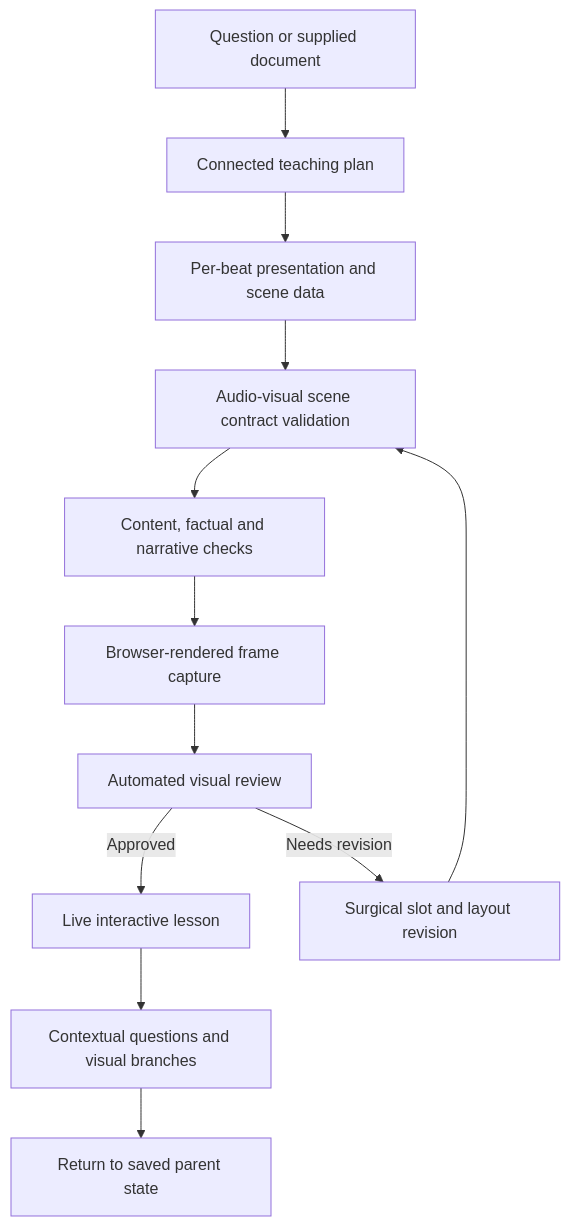
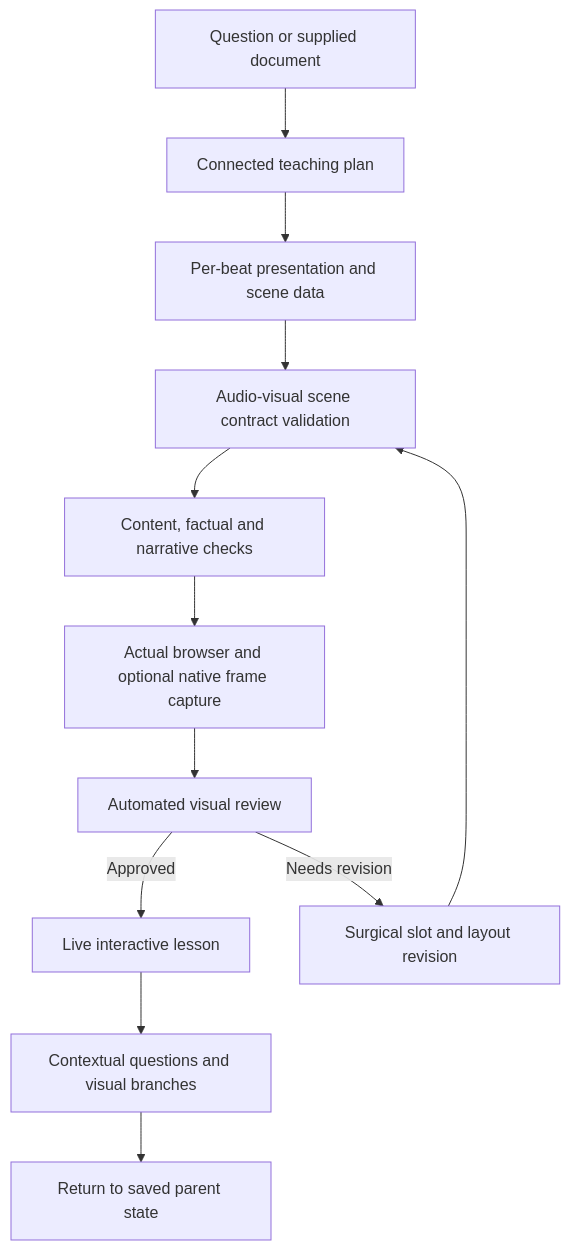
Before and after one commit to acceptance27/qweeps: the diagram in README.md, drawn with Mermaid. The commit also changed other lines of this file and 10 other files, not shown here.

First line of the commit message:
docs: refresh technical report for current QWEEPS architecture

````diff
--- a/README.md
+++ b/README.md
@@ -135,14 +135,14 @@
 ```mermaid
 flowchart TD
     Input[Question or supplied document] --> Plan[Connected teaching plan]
     Plan --> Direction[Per-beat presentation and scene data]
     Direction --> Contract[Audio-visual scene contract validation]
     Contract --> Content[Content, factual and narrative checks]
-    Content --> Frames[Browser-rendered frame capture]
+    Content --> Frames[Actual browser and optional native frame capture]
     Frames --> Review[Automated visual review]
     Review -->|Approved| Live[Live interactive lesson]
     Review -->|Needs revision| Repair[Surgical slot and layout revision]
     Repair --> Contract
     Live --> Ask[Contextual questions and visual branches]
     Ask --> Return[Return to saved parent state]
 ```
````
